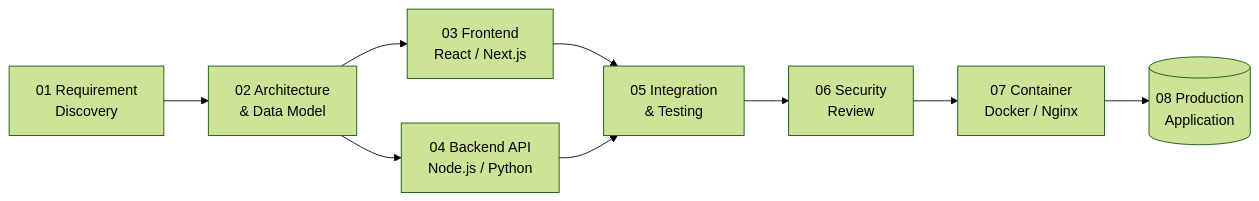
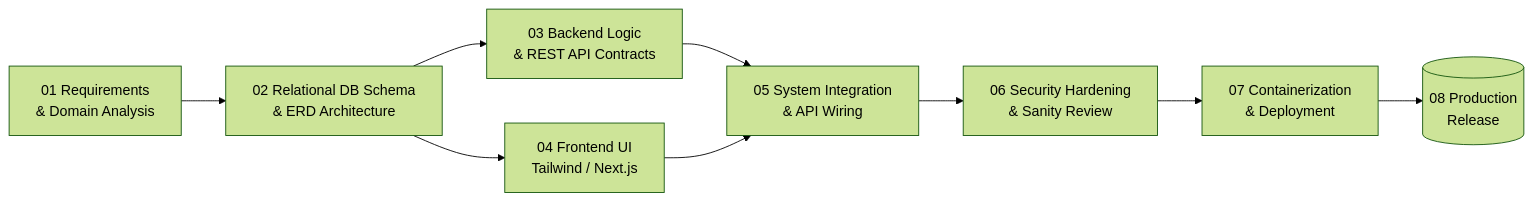
The diagram in README.md (rendikaangesti/rendikaangesti), drawn with Mermaid (forest theme) before and after one commit. The commit also changed other lines of this file, not shown here.

````diff
--- a/README.md
+++ b/README.md
@@ -278,11 +197,12 @@
 ```mermaid
 flowchart LR
-    A["01 Requirement<br/>Discovery"] --> B["02 Architecture<br/>& Data Model"]
-    B --> C["03 Frontend<br/>React / Next.js"]
-    B --> D["04 Backend API<br/>Node.js / Python"]
-    C --> E["05 Integration<br/>& Testing"]
+    A["01 Requirements<br/>& Domain Analysis"] --> B["02 Relational DB Schema<br/>& ERD Architecture"]
+    B --> C["03 Backend Logic<br/>& REST API Contracts"]
+    B --> D["04 Frontend UI<br/>Tailwind / Next.js"]
+    C --> E["05 System Integration<br/>& API Wiring"]
     D --> E
-    E --> F["06 Security<br/>Review"]
-    F --> G["07 Container<br/>Docker / Nginx"]
-    G --> H[("08 Production<br/>Application")]
+    E --> F["06 Security Hardening<br/>& Sanity Review"]
+    F --> G["07 Containerization<br/>& Deployment"]
+    G --> H[("08 Production<br/>Release")]
+
 ```
````
